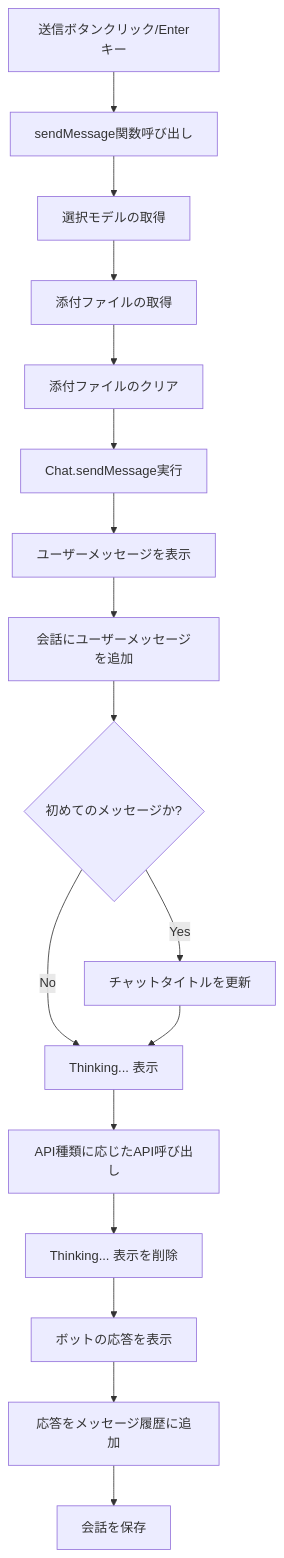
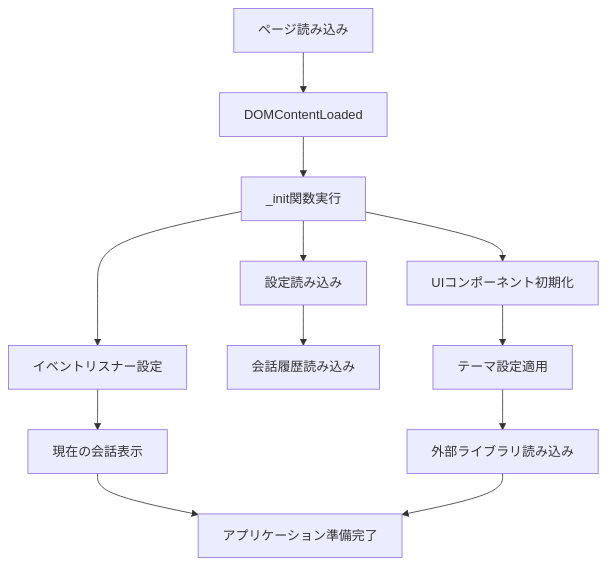
The fourth of 9 diagrams in ChatBot_設計仕様書.md (SuperPyonchiX/ChatBot), drawn with Mermaid before and after one commit. The commit also changed other lines of this file, not shown here.

````diff
--- a/ChatBot_設計仕様書.md
+++ b/ChatBot_設計仕様書.md
@@ -305,19 +1182,14 @@
 ```mermaid
 flowchart TD
-    A[送信ボタンクリック/Enterキー] --> B[sendMessage関数呼び出し]
-    B --> C[選択モデルの取得]
-    C --> D[添付ファイルの取得]
-    D --> E[添付ファイルのクリア]
-    E --> F[Chat.sendMessage実行]
-    F --> G[ユーザーメッセージを表示]
-    G --> H[会話にユーザーメッセージを追加]
-    H --> I{初めてのメッセージか?}
-    I -->|Yes| J[チャットタイトルを更新]
-    I -->|No| K[Thinking... 表示]
-    J --> K
-    K --> L[API種類に応じたAPI呼び出し]
-    L --> M[Thinking... 表示を削除]
-    M --> N[ボットの応答を表示]
-    N --> O[応答をメッセージ履歴に追加]
-    O --> P[会話を保存]
+    A[ページ読み込み] --> B[DOMContentLoaded]
+    B --> C[_init関数実行]
+    C --> D1[設定読み込み]
+    C --> D2[UIコンポーネント初期化]
+    C --> D3[イベントリスナー設定]
+    D1 --> E[会話履歴読み込み]
+    D2 --> F[テーマ設定適用]
+    D3 --> G[現在の会話表示]
+    F --> H[外部ライブラリ読み込み]
+    G --> I[アプリケーション準備完了]
+    H --> I
 ```
````
